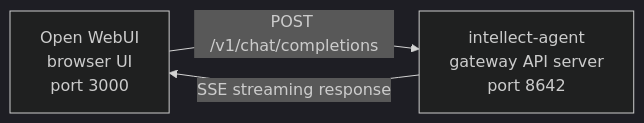
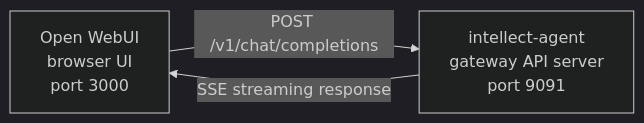
The diagram in website/docs/user-guide/messaging/open-webui.md (ontoweb-cn/intellect-agent), drawn with Mermaid (dark theme) before and after one commit. The commit also changed other lines of this file and 26 other files, not shown here.

First line of the commit message:
feat(port): move API Server default port 8642 -> 9091

````diff
--- a/website/docs/user-guide/messaging/open-webui.md
+++ b/website/docs/user-guide/messaging/open-webui.md
@@ -13,7 +13,7 @@
 ```mermaid
 flowchart LR
     A["Open WebUI<br/>browser UI<br/>port 3000"]
-    B["intellect-agent<br/>gateway API server<br/>port 8642"]
+    B["intellect-agent<br/>gateway API server<br/>port 9091"]
     A -->|POST /v1/chat/completions| B
     B -->|SSE streaming response| A
 ```
````
